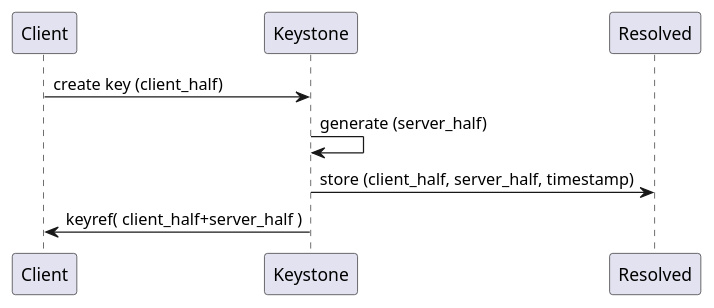
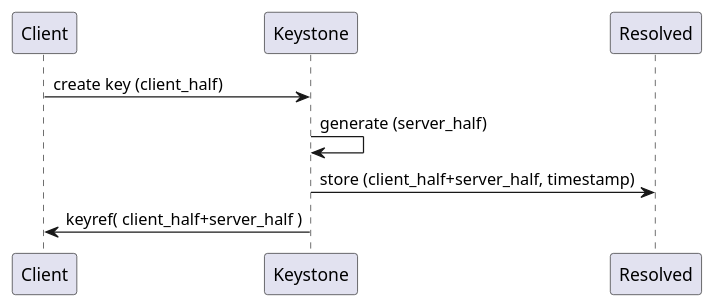
The diagram in doc/create_key.plantuml (cosmos/keystone), drawn with PlantUML before and after one commit.

Commit message:
just added a +

```diff
--- a/doc/create_key.plantuml
+++ b/doc/create_key.plantuml
@@ -1,6 +1,6 @@
 @startuml
 Client -> Keystone : create key (client_half)
 Keystone -> Keystone : generate (server_half) 
-Keystone -> Resolved : store (client_half, server_half, timestamp)
+Keystone -> Resolved : store (client_half+server_half, timestamp)
 Keystone -> Client : keyref( client_half+server_half )
 @enduml
```
